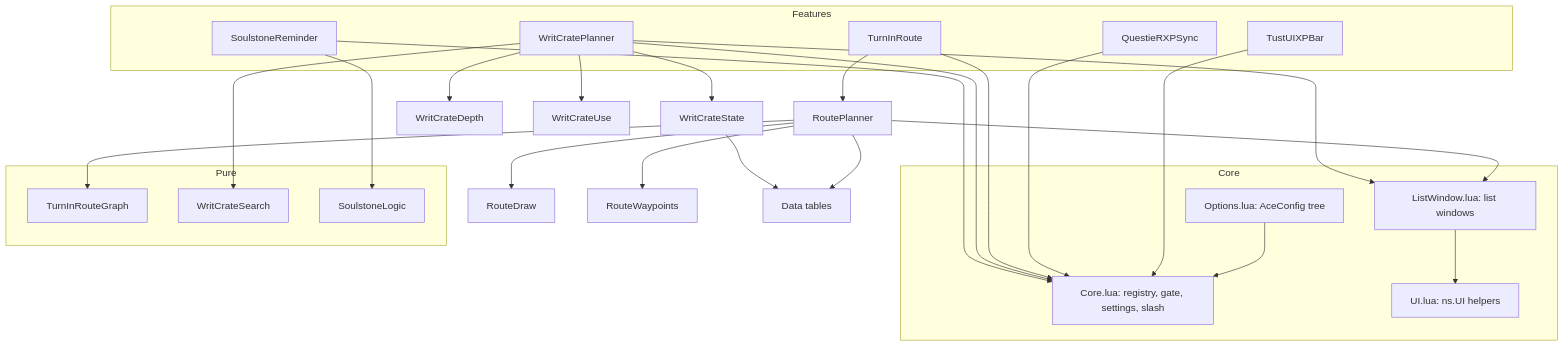
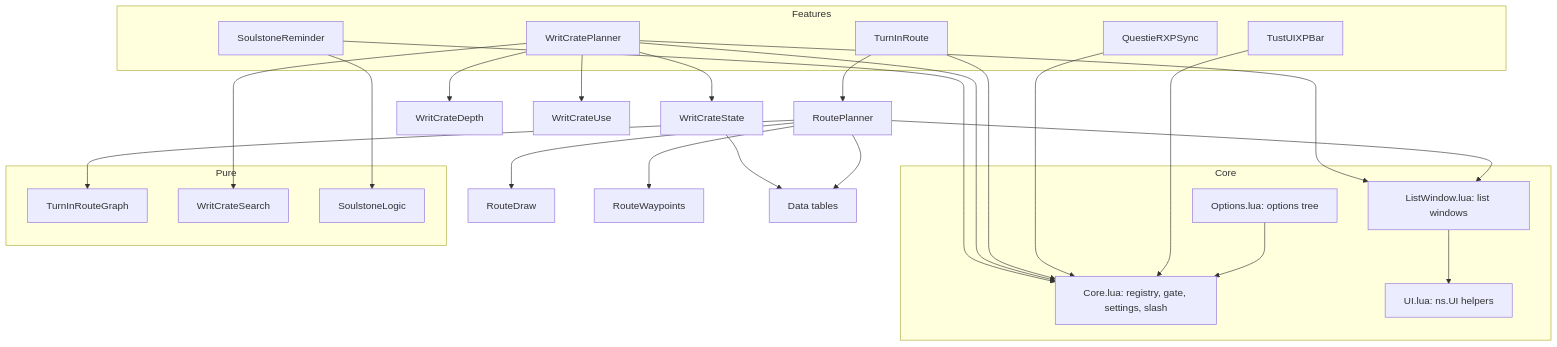
The third of 3 diagrams in docs/2. Architecture Overview.md (lkshrk/KlausisLittleHelpers), drawn with Mermaid before and after one commit. The commit also changed other lines of this file and 65 other files, not shown here.

````diff
--- a/docs/2. Architecture Overview.md
+++ b/docs/2. Architecture Overview.md
@@ -55,49 +55,49 @@
 ```mermaid
 graph TB
     subgraph Core
         Reg["Core.lua: registry, gate, settings, slash"]
-        Opt["Options.lua: AceConfig tree"]
+        Opt["Options.lua: options tree"]
         UI["UI.lua: ns.UI helpers"]
         LW["ListWindow.lua: list windows"]
     end
     subgraph Features
         XP["TustUIXPBar"]
         QS["QuestieRXPSync"]
         TR["TurnInRoute"]
         WP["WritCratePlanner"]
         SR["SoulstoneReminder"]
     end
     subgraph Pure
         RG["TurnInRouteGraph"]
         WS["WritCrateSearch"]
         SL["SoulstoneLogic"]
     end
     RP["RoutePlanner"]
     RV["RouteDraw"]
     RW["RouteWaypoints"]
     WSt["WritCrateState"]
     WD["WritCrateDepth"]
     WU["WritCrateUse"]
     DataT["Data tables"]
 
     Opt --> Reg
     XP --> Reg
     QS --> Reg
     TR --> Reg
     WP --> Reg
     SR --> Reg
     SR --> SL
     TR --> RP
     RP --> RG
     RP --> RV
     RP --> RW
     RP --> LW
     WP --> WS
     WP --> WSt
     WP --> WD
     WP --> WU
     WP --> LW
     LW --> UI
     RP --> DataT
     WSt --> DataT
 ```
````
